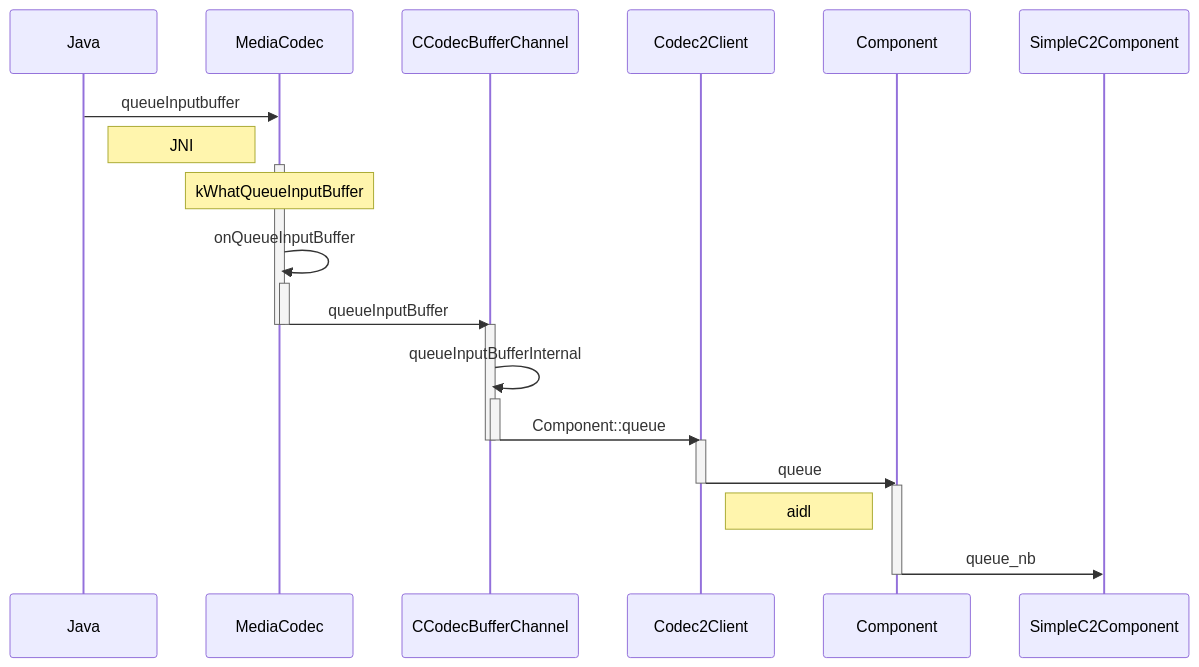
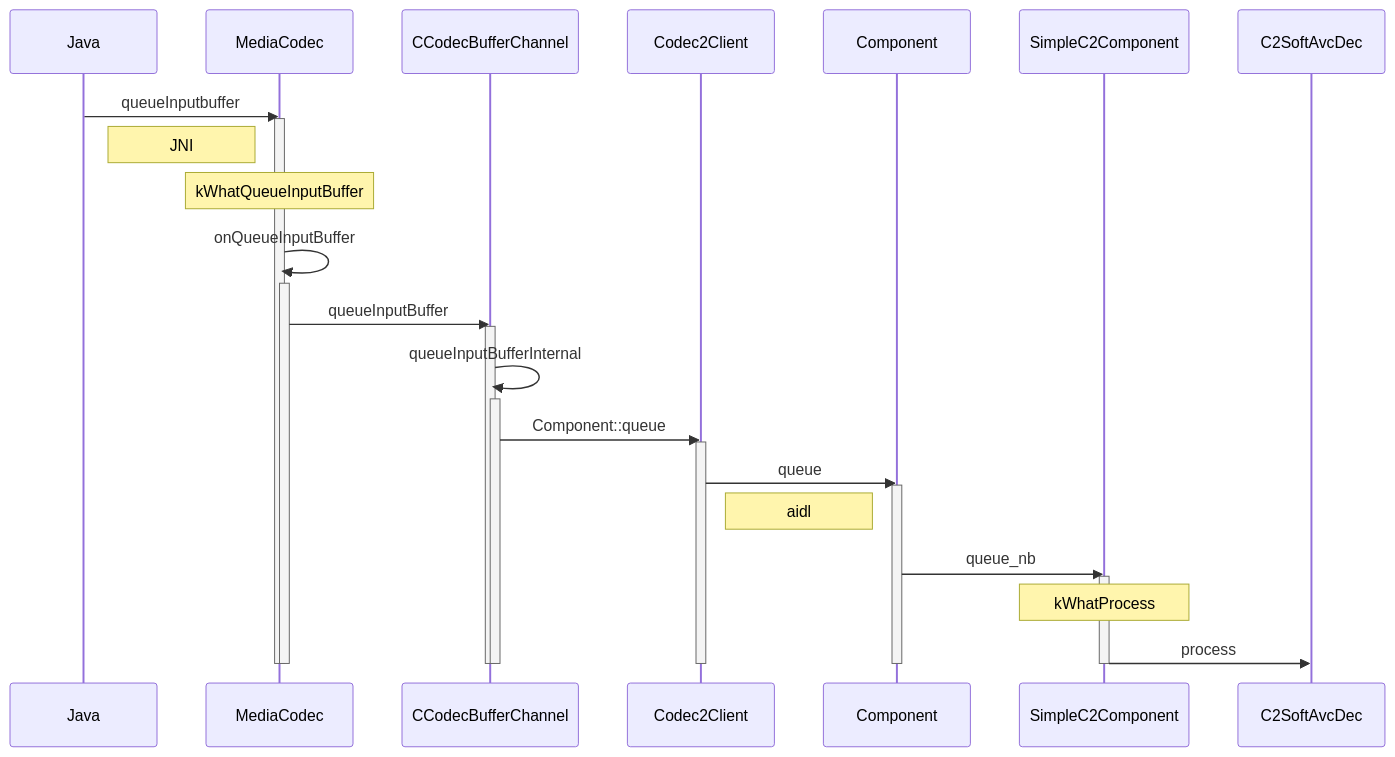
The fourth of 4 diagrams in _posts/安卓学习/源码分析/MediaCodec源码分析.md (Redamancyer/redamancyer.github.io), drawn with Mermaid before and after one commit. The commit also changed other lines of this file and 1 other file, not shown here.

Commit message:
add MediaCodec 源码分析

````diff
--- a/_posts/安卓学习/源码分析/MediaCodec源码分析.md
+++ b/_posts/安卓学习/源码分析/MediaCodec源码分析.md
@@ -7,26 +200,30 @@
 ```mermaid
 sequenceDiagram
 
 Java->>MediaCodec: queueInputbuffer
-Note right of Java: JNI
 activate MediaCodec
-Note over MediaCodec:kWhatQueueInputBuffer
-MediaCodec->>MediaCodec: onQueueInputBuffer
-activate MediaCodec
-MediaCodec->>CCodecBufferChannel:queueInputBuffer
+  Note right of Java: JNI
+  Note over MediaCodec:kWhatQueueInputBuffer
+  MediaCodec->>MediaCodec: onQueueInputBuffer
+  activate MediaCodec
+    MediaCodec->>CCodecBufferChannel:queueInputBuffer
+    activate CCodecBufferChannel
+      CCodecBufferChannel->>CCodecBufferChannel:queueInputBufferInternal
+      activate CCodecBufferChannel
+        CCodecBufferChannel->>Codec2Client:Component::queue
+        activate Codec2Client
+        	Codec2Client->>Component:queue
+        activate Component
+        Note left of Component:aidl
+        Component->>SimpleC2Component:queue_nb
+        activate SimpleC2Component
+        Note over SimpleC2Component:kWhatProcess
+        SimpleC2Component->>C2SoftAvcDec:process
+        deactivate SimpleC2Component
+        deactivate Component
+        deactivate Codec2Client
+      deactivate CCodecBufferChannel
+    deactivate CCodecBufferChannel
+  deactivate MediaCodec
 deactivate MediaCodec
-deactivate MediaCodec
-activate CCodecBufferChannel
-CCodecBufferChannel->>CCodecBufferChannel:queueInputBufferInternal
-activate CCodecBufferChannel
-CCodecBufferChannel->>Codec2Client:Component::queue
-deactivate CCodecBufferChannel
-deactivate CCodecBufferChannel
-activate Codec2Client
-Codec2Client->>Component:queue
-deactivate Codec2Client
-activate Component
-Note left of Component:aidl
-Component->>SimpleC2Component:queue_nb
-deactivate Component
 ```
````
